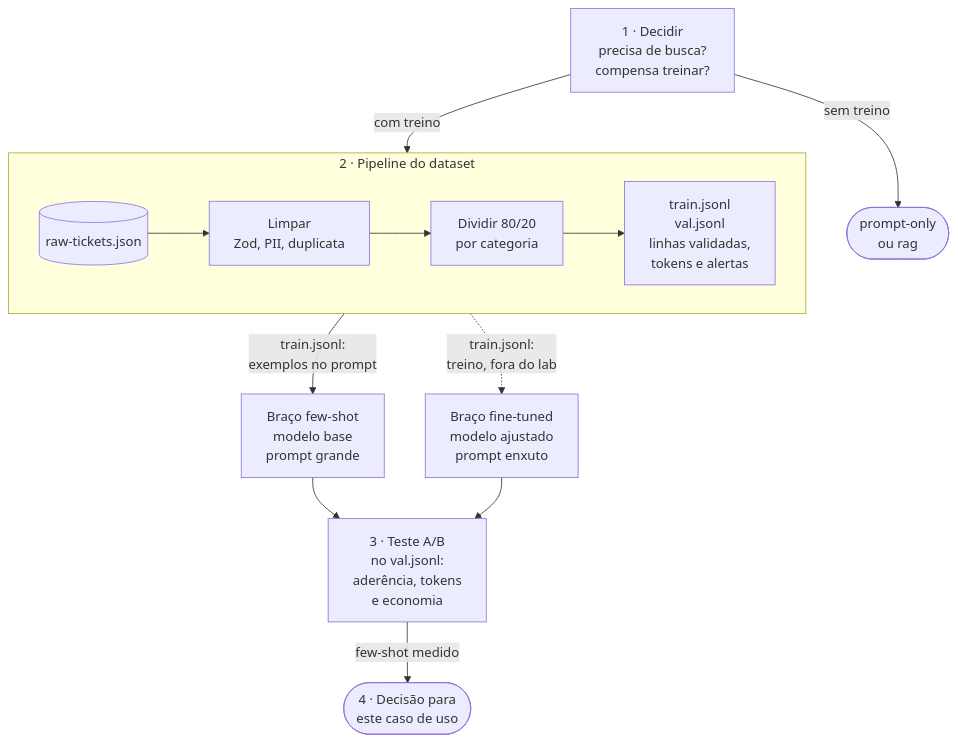
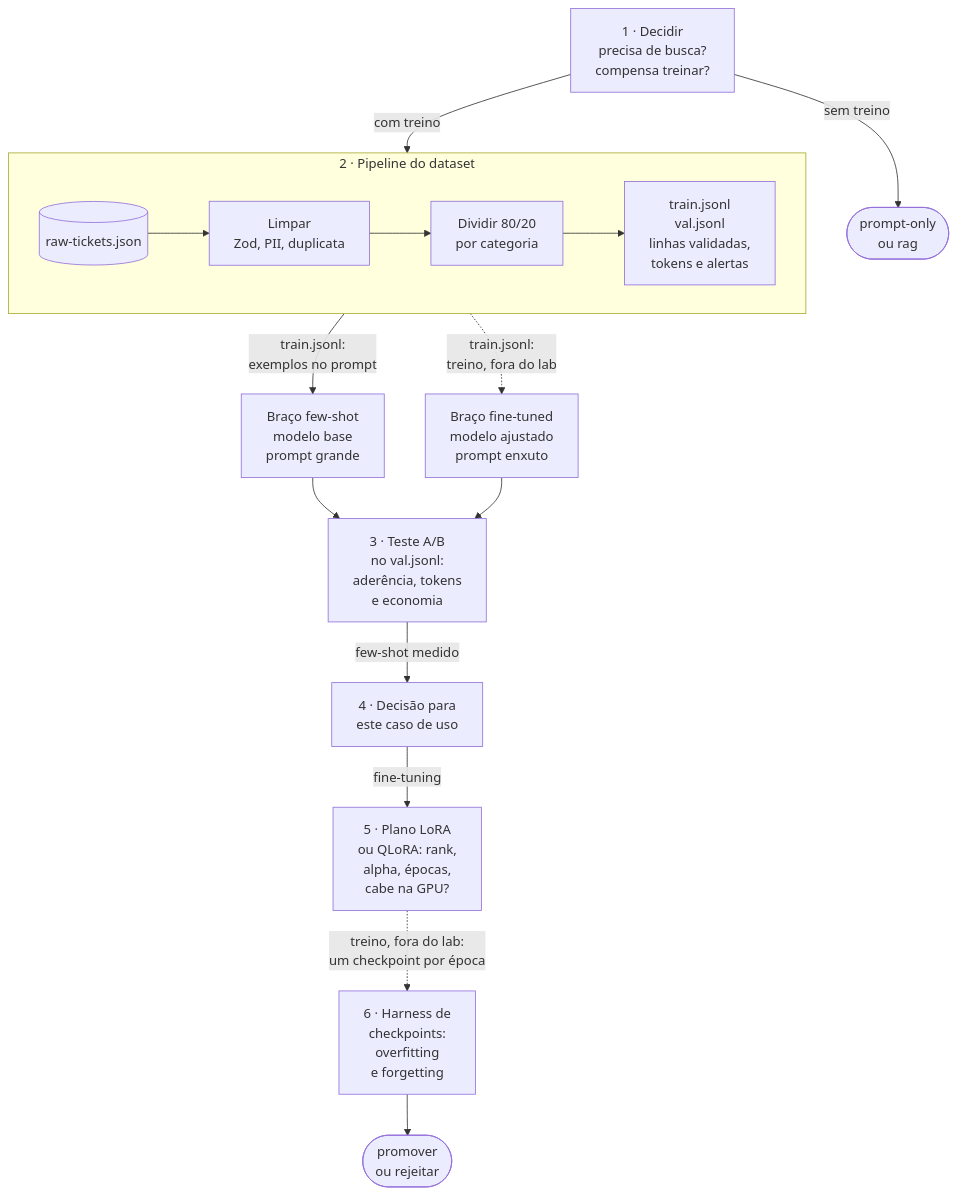
One commit to Amad3eu/ai-engineering-labs changed the diagram in labs/07-fine-tuning-datasets/README.md. Above: the diagram before and after it, drawn with Mermaid. The commit also changed other lines of this file and 8 other files, not shown here.

First line of the commit message:
feat(lab-07): plano de treino LoRA/QLoRA e harness de checkpoints (#3)

````diff
--- a/labs/07-fine-tuning-datasets/README.md
+++ b/labs/07-fine-tuning-datasets/README.md
@@ -17,19 +19,22 @@
 ```mermaid
 flowchart TB
   DF["1 · Decidir<br/>precisa de busca?<br/>compensa treinar?"]
   DF -->|"sem treino"| OUT(["prompt-only<br/>ou rag"])
   DF -->|"com treino"| dataset
 
   subgraph dataset["2 · Pipeline do dataset"]
     direction LR
     RAW[("raw-tickets.json")] --> CL["Limpar<br/>Zod, PII, duplicata"]
     CL --> SP["Dividir 80/20<br/>por categoria"]
     SP --> JL["train.jsonl<br/>val.jsonl<br/>linhas validadas,<br/>tokens e alertas"]
   end
 
   dataset -->|"train.jsonl:<br/>exemplos no prompt"| A["Braço few-shot<br/>modelo base<br/>prompt grande"]
   dataset -.->|"train.jsonl:<br/>treino, fora do lab"| B["Braço fine-tuned<br/>modelo ajustado<br/>prompt enxuto"]
   A --> AB["3 · Teste A/B<br/>no val.jsonl:<br/>aderência, tokens<br/>e economia"]
   B --> AB
-  AB -->|"few-shot medido"| D4(["4 · Decisão para<br/>este caso de uso"])
+  AB -->|"few-shot medido"| D4["4 · Decisão para<br/>este caso de uso"]
+  D4 -->|"fine-tuning"| LP["5 · Plano LoRA<br/>ou QLoRA: rank,<br/>alpha, épocas,<br/>cabe na GPU?"]
+  LP -.->|"treino, fora do lab:<br/>um checkpoint por época"| EH["6 · Harness de<br/>checkpoints:<br/>overfitting<br/>e forgetting"]
+  EH --> PROD(["promover<br/>ou rejeitar"])
 ```
````
